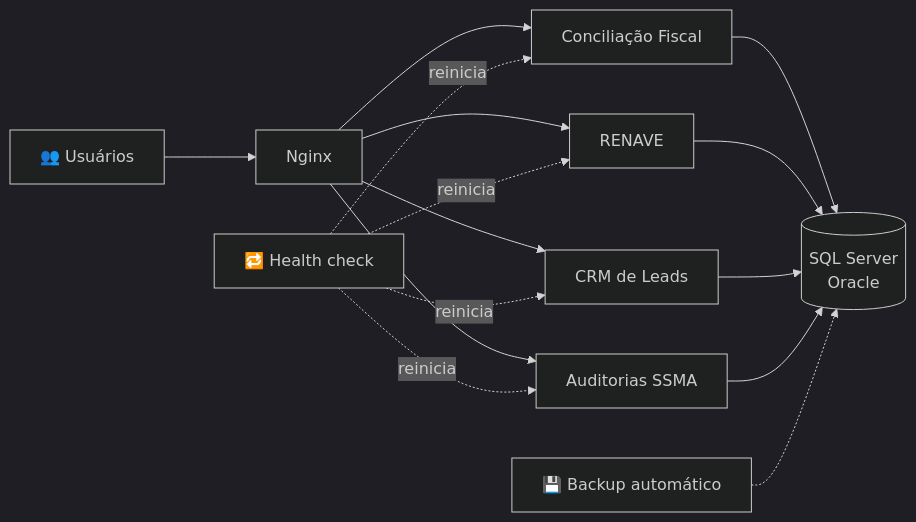
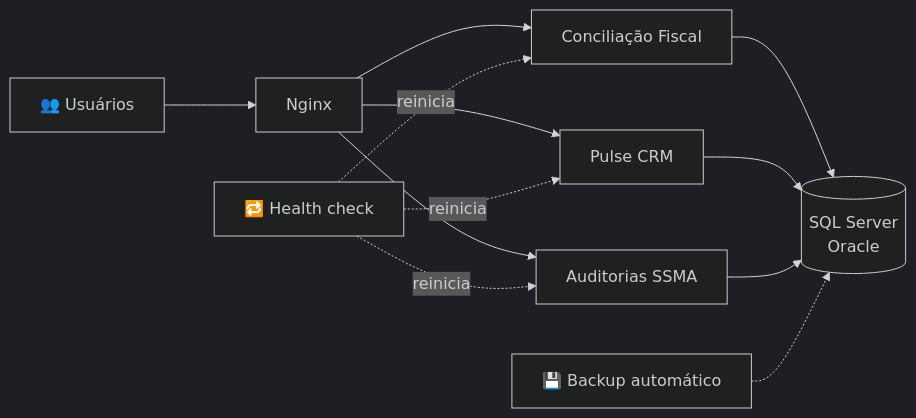
One commit to gabriel-sar/Portfolio-Gabriel-Saraiva-Brasil changed the fourth of 4 diagrams in README.md. Above: the diagram before and after it, drawn with Mermaid (dark theme). The commit also changed other lines of this file and 4 other files, not shown here.

Commit message:
Destaca o Pulse CRM e remove o RENAVE

````diff
--- a/README.md
+++ b/README.md
@@ -270,11 +284,10 @@
 ```mermaid
 flowchart LR
     U["👥 Usuários"] --> N["Nginx"]
     N --> S1["Conciliação Fiscal"]
-    N --> S2["RENAVE"]
-    N --> S3["CRM de Leads"]
+    N --> S3["Pulse CRM"]
     N --> S4["Auditorias SSMA"]
-    S1 & S2 & S3 & S4 --> DB[("SQL Server<br>Oracle")]
-    M["🔁 Health check"] -.reinicia.-> S1 & S2 & S3 & S4
+    S1 & S3 & S4 --> DB[("SQL Server<br>Oracle")]
+    M["🔁 Health check"] -.reinicia.-> S1 & S3 & S4
     B["💾 Backup automático"] -.-> DB
 ```
````
